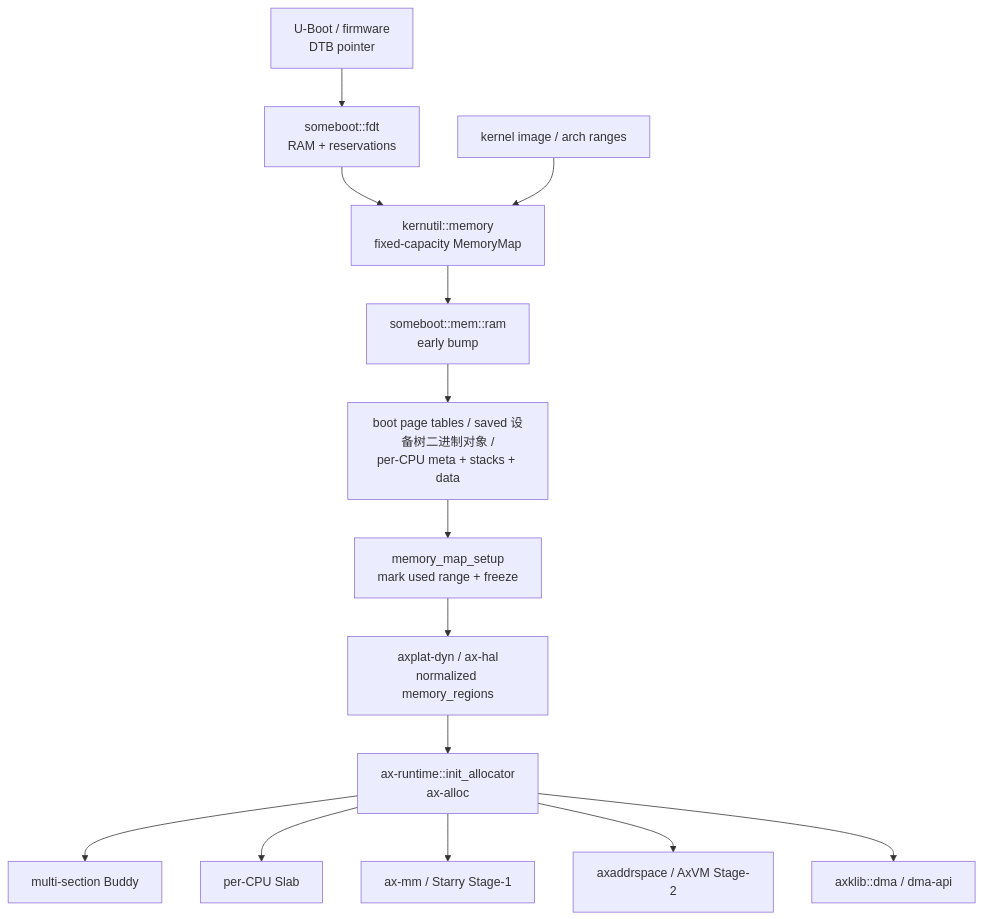
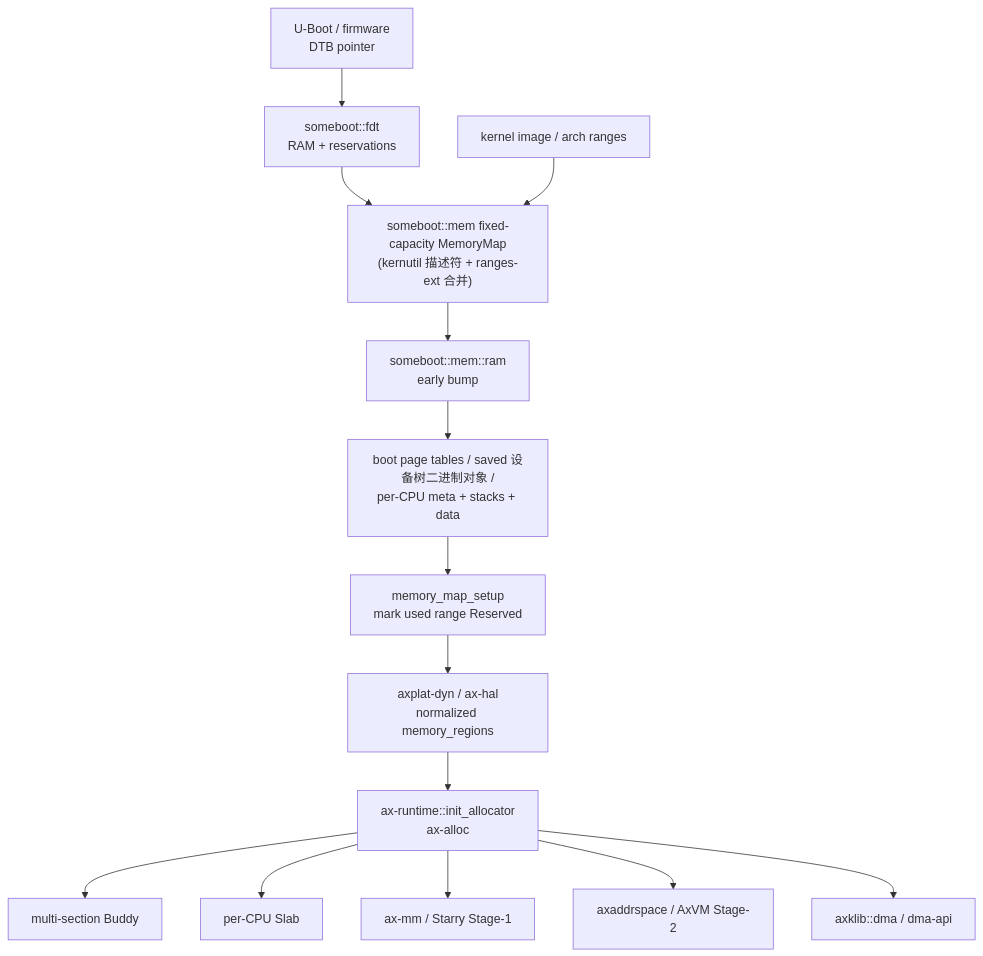
Before and after one commit to rcore-os/tgoskits: the second of 3 diagrams in docs/docs/architecture/memory/overview.md, drawn with Mermaid. The commit also changed other lines of this file and 13 other files, not shown here.

Commit message:
docs(memory): align architecture docs with actual implementation

````diff
--- a/docs/docs/architecture/memory/overview.md
+++ b/docs/docs/architecture/memory/overview.md
@@ -95,16 +95,16 @@
 ```mermaid
 flowchart TB
     Firmware["U-Boot / firmware\nDTB pointer"] --> Fdt["someboot::fdt\nRAM + reservations"]
-    Fdt --> BootMap["kernutil::memory\nfixed-capacity MemoryMap"]
+    Fdt --> BootMap["someboot::mem fixed-capacity MemoryMap\n(kernutil 描述符 + ranges-ext 合并)"]
     Image["kernel image / arch ranges"] --> BootMap
     BootMap --> Bump["someboot::mem::ram\nearly bump"]
     Bump --> BootObjects["boot page tables / saved 设备树二进制对象 /\nper-CPU meta + stacks + data"]
-    BootObjects --> Frozen["memory_map_setup\nmark used range + freeze"]
-    Frozen --> Platform["axplat-dyn / ax-hal\nnormalized memory_regions"]
+    BootObjects --> Handoff["memory_map_setup\nmark used range Reserved"]
+    Handoff --> Platform["axplat-dyn / ax-hal\nnormalized memory_regions"]
     Platform --> Alloc["ax-runtime::init_allocator\nax-alloc"]
     Alloc --> Buddy["multi-section Buddy"]
     Alloc --> Slab["per-CPU Slab"]
     Alloc --> Stage1["ax-mm / Starry Stage-1"]
     Alloc --> Stage2["axaddrspace / AxVM Stage-2"]
     Alloc --> Dma["axklib::dma / dma-api"]
 ```
````
